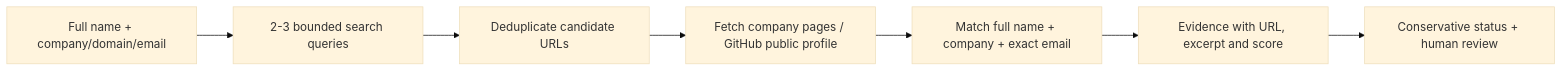
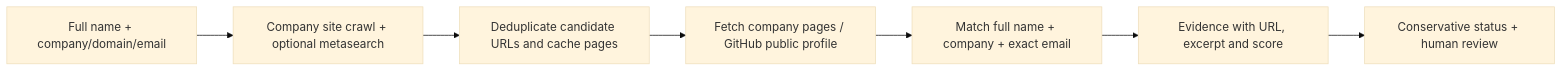
One commit to divyanshu-iitian/deep-web-search-tools changed the diagram in README.md. Above: the diagram before and after it, drawn with Mermaid (base theme). The commit also changed other lines of this file and 13 other files, not shown here.

Commit message:
Make company and metasearch discovery keyless by default

````diff
--- a/README.md
+++ b/README.md
@@ -41,9 +41,9 @@
 ```mermaid
 flowchart LR
-  A[Full name + company/domain/email] --> B[2-3 bounded search queries]
-  B --> C[Deduplicate candidate URLs]
+  A[Full name + company/domain/email] --> B[Company site crawl + optional metasearch]
+  B --> C[Deduplicate candidate URLs and cache pages]
   C --> D[Fetch company pages / GitHub public profile]
   D --> E[Match full name + company + exact email]
   E --> F[Evidence with URL, excerpt and score]
   F --> G[Conservative status + human review]
 ```
````
